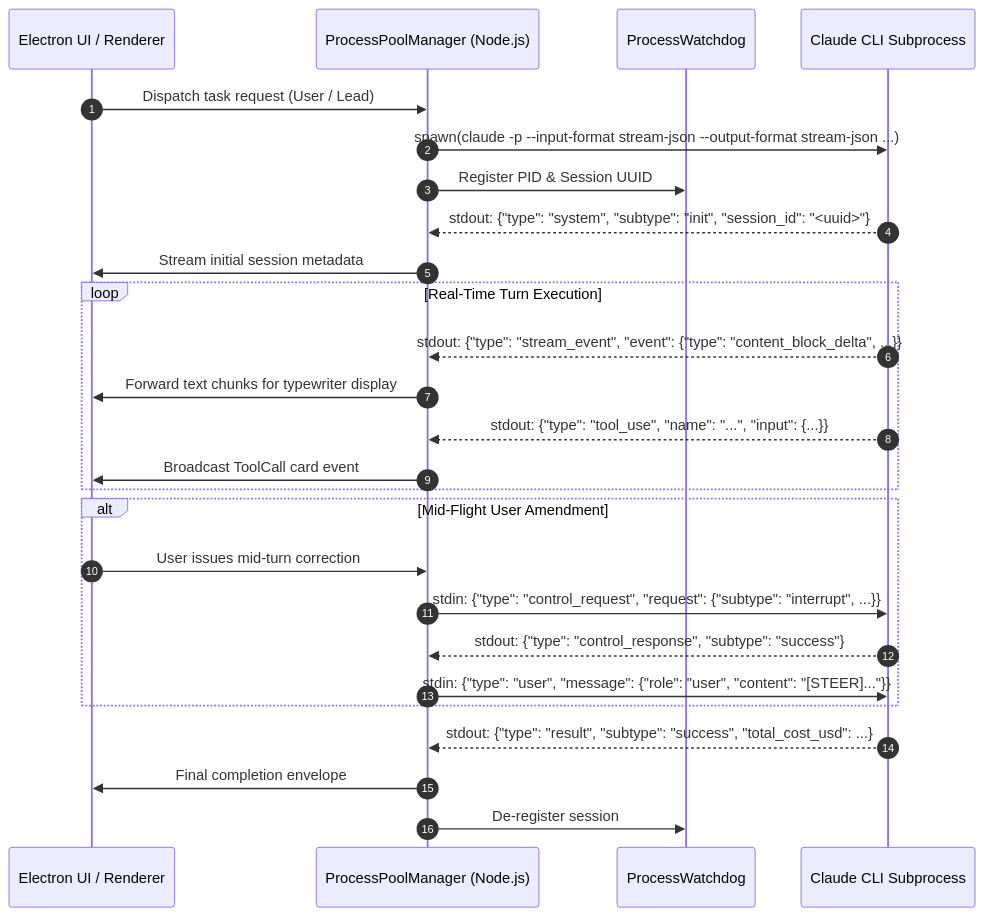
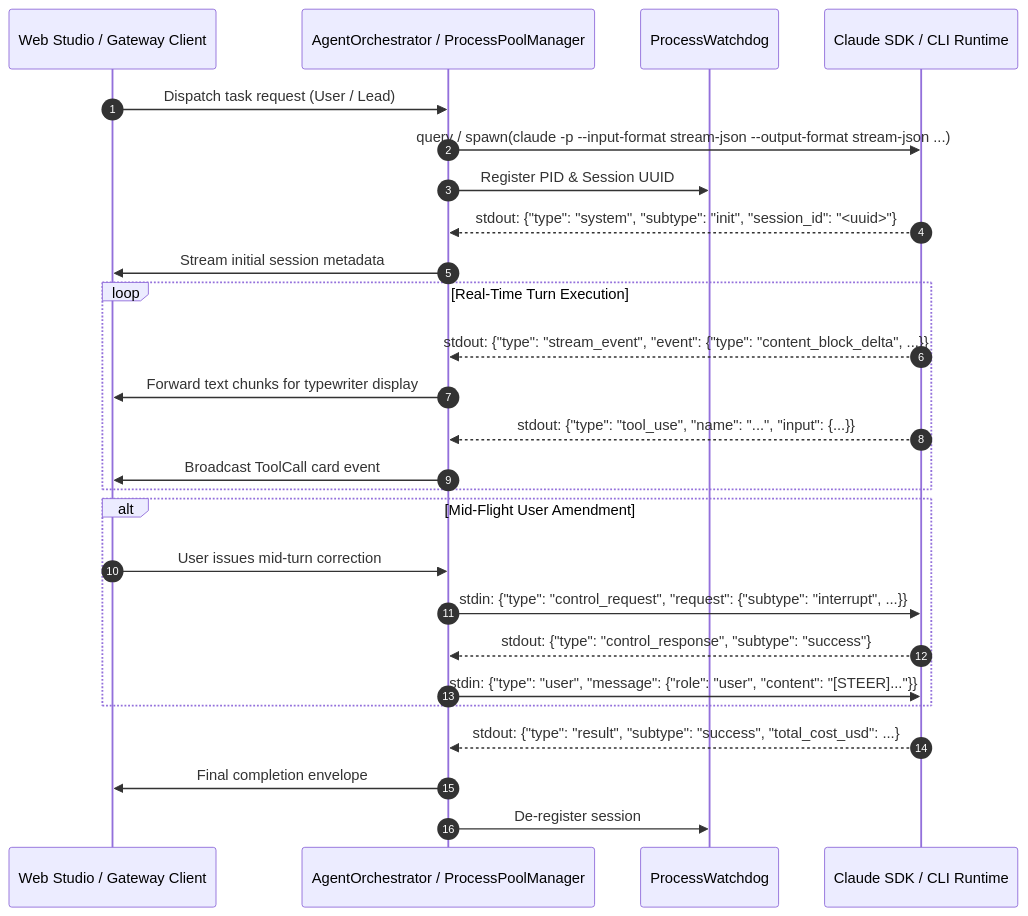
One commit to XRSec/multiagent-orchestration changed the first of 2 diagrams in docs/architecture.md. Above: the diagram before and after it, drawn with Mermaid. The commit also changed other lines of this file and 218 other files, not shown here.

Commit message:
docs(arch): harmonize v4.1 architecture parameters, bot 4-pack assets, and SSOT specs

````diff
--- a/docs/architecture.md
+++ b/docs/architecture.md
@@ -11,32 +13,32 @@
 ```mermaid
 sequenceDiagram
     autonumber
-    participant UI as Electron UI / Renderer
-    participant Host as ProcessPoolManager (Node.js)
+    participant UI as Web Studio / Gateway Client
+    participant Host as AgentOrchestrator / ProcessPoolManager
     participant Watchdog as ProcessWatchdog
-    participant Claude as Claude CLI Subprocess
+    participant Claude as Claude SDK / CLI Runtime
 
     UI->>Host: Dispatch task request (User / Lead)
-    Host->>Claude: spawn(claude -p --input-format stream-json --output-format stream-json ...)
+    Host->>Claude: query / spawn(claude -p --input-format stream-json --output-format stream-json ...)
     Host->>Watchdog: Register PID & Session UUID
     Claude-->>Host: stdout: {"type": "system", "subtype": "init", "session_id": "<uuid>"}
     Host->>UI: Stream initial session metadata
     
     loop Real-Time Turn Execution
         Claude-->>Host: stdout: {"type": "stream_event", "event": {"type": "content_block_delta", ...}}
         Host->>UI: Forward text chunks for typewriter display
         Claude-->>Host: stdout: {"type": "tool_use", "name": "...", "input": {...}}
         Host->>UI: Broadcast ToolCall card event
     end
 
     alt Mid-Flight User Amendment
         UI->>Host: User issues mid-turn correction
         Host->>Claude: stdin: {"type": "control_request", "request": {"subtype": "interrupt", ...}}
         Claude-->>Host: stdout: {"type": "control_response", "subtype": "success"}
         Host->>Claude: stdin: {"type": "user", "message": {"role": "user", "content": "[STEER]..."}}
     end
 
     Claude-->>Host: stdout: {"type": "result", "subtype": "success", "total_cost_usd": ...}
     Host->>UI: Final completion envelope
     Host->>Watchdog: De-register session
 ```
````
